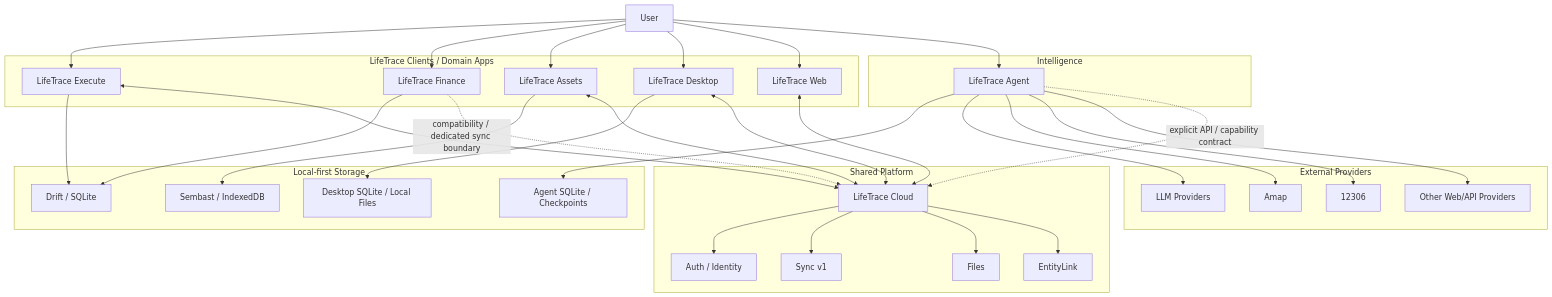
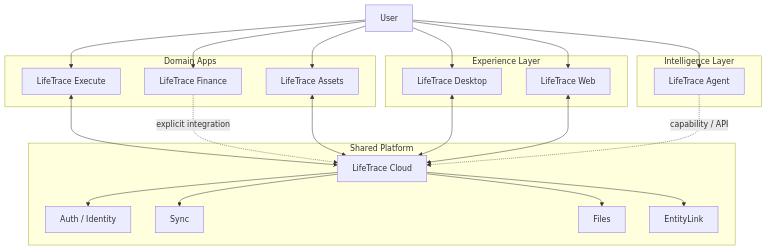
Before and after one commit to LifeTraceManage/LifeTrace: the diagram in README.md, drawn with Mermaid. The commit also changed other lines of this file and 857 other files, not shown here.

````diff
--- a/README.md
+++ b/README.md
@@ -27,68 +25,46 @@
 ```mermaid
 flowchart TB
     U[User]
 
-    subgraph Clients["LifeTrace Clients / Domain Apps"]
+    subgraph Domains["Domain Apps"]
         EX[LifeTrace Execute]
         FI[LifeTrace Finance]
         AS[LifeTrace Assets]
+    end
+
+    subgraph Experiences["Experience Layer"]
         DE[LifeTrace Desktop]
         WE[LifeTrace Web]
     end
 
-    subgraph Intelligence["Intelligence"]
+    subgraph Intelligence["Intelligence Layer"]
         AG[LifeTrace Agent]
     end
 
     subgraph Platform["Shared Platform"]
         CL[LifeTrace Cloud]
         AU[Auth / Identity]
-        SY[Sync v1]
+        SY[Sync]
         FL[Files]
         EL[EntityLink]
-    end
-
-    subgraph Local["Local-first Storage"]
-        L1[Drift / SQLite]
-        L2[Sembast / IndexedDB]
-        L3[Desktop SQLite / Local Files]
-        L4[Agent SQLite / Checkpoints]
-    end
-
-    subgraph External["External Providers"]
-        LLM[LLM Providers]
-        MAP[Amap]
-        RAIL[12306]
-        WEB[Other Web/API Providers]
     end
 
     U --> EX
     U --> FI
     U --> AS
     U --> DE
     U --> WE
     U --> AG
 
-    EX --> L1
-    FI --> L1
-    AS --> L2
-    DE --> L3
-    AG --> L4
-
     EX <--> CL
     AS <--> CL
     DE <--> CL
     WE <--> CL
-    FI -. compatibility / dedicated sync boundary .-> CL
+    FI -. explicit integration .-> CL
+    AG -. capability / API .-> CL
 
     CL --> AU
     CL --> SY
     CL --> FL
     CL --> EL
-
-    AG --> LLM
-    AG --> MAP
-    AG --> RAIL
-    AG --> WEB
-    AG -. explicit API / capability contract .-> CL
 ```
````
